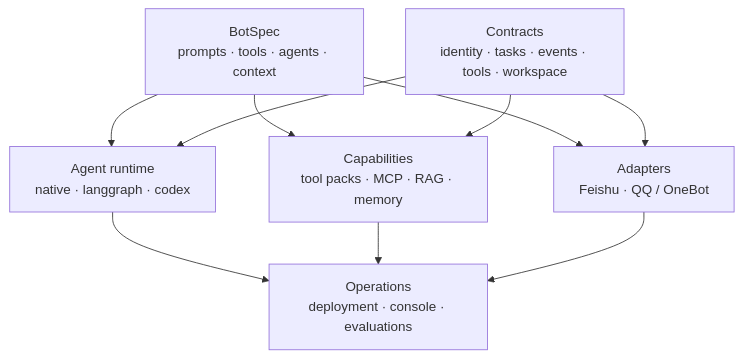
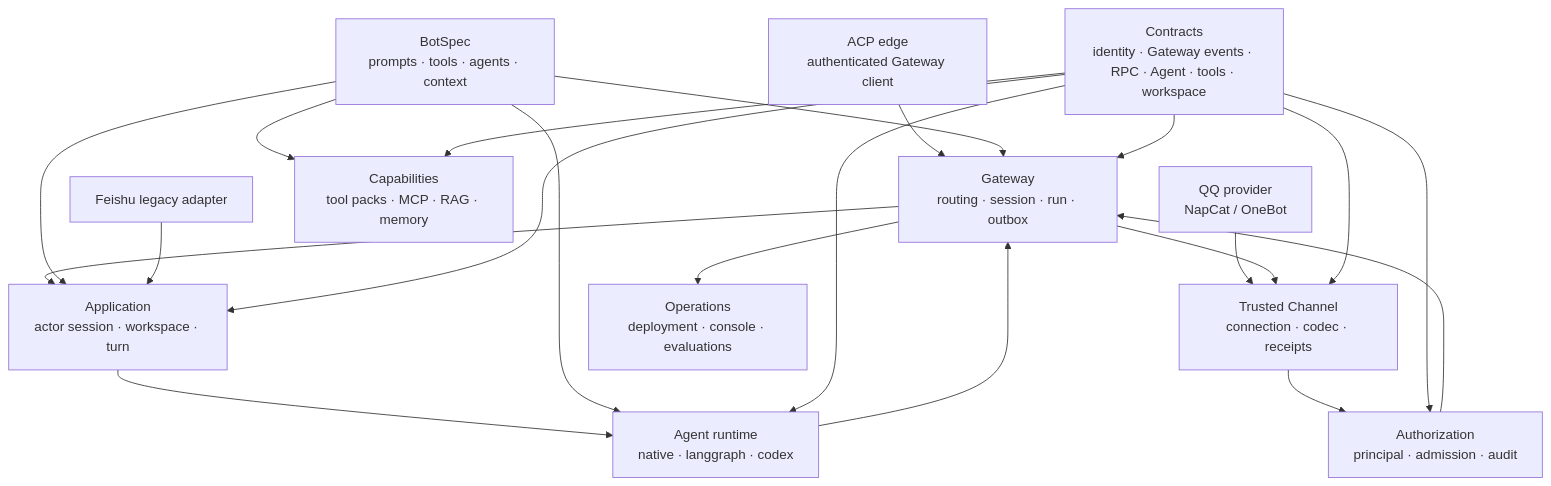
One commit to Ling-ye/AgentStrata changed the diagram in README.md. Above: the diagram before and after it, drawn with Mermaid. The commit also changed other lines of this file and 172 other files, not shown here.

Commit message:
重构 Gateway、ACP 与 QQ 接入边界

````diff
--- a/README.md
+++ b/README.md
@@ -170,19 +174,36 @@
 ```mermaid
 flowchart TB
     B["BotSpec<br/>prompts · tools · agents · context"]
-    C["Contracts<br/>identity · tasks · events · tools · workspace"]
+    C["Contracts<br/>identity · Gateway events · RPC · Agent · tools · workspace"]
+    Q["QQ provider<br/>NapCat / OneBot"]
+    CH["Trusted Channel<br/>connection · codec · receipts"]
+    AU["Authorization<br/>principal · admission · audit"]
+    A["Application<br/>actor session · workspace · turn"]
+    G["Gateway<br/>routing · session · run · outbox"]
+    ACP["ACP edge<br/>authenticated Gateway client"]
     R["Agent runtime<br/>native · langgraph · codex"]
     X["Capabilities<br/>tool packs · MCP · RAG · memory"]
-    P["Adapters<br/>Feishu · QQ / OneBot"]
+    F["Feishu legacy adapter"]
     O["Operations<br/>deployment · console · evaluations"]
 
+    Q --> CH
+    CH --> AU
+    AU --> G
+    ACP --> G
+    G --> A
+    A --> R
+    R --> G
+    G --> CH
+    B --> G
+    B --> A
     B --> R
     B --> X
-    B --> P
+    F --> A
     C --> R
     C --> X
-    C --> P
-    R --> O
-    X --> O
-    P --> O
+    C --> CH
+    C --> AU
+    C --> A
+    C --> G
+    G --> O
 ```
````
